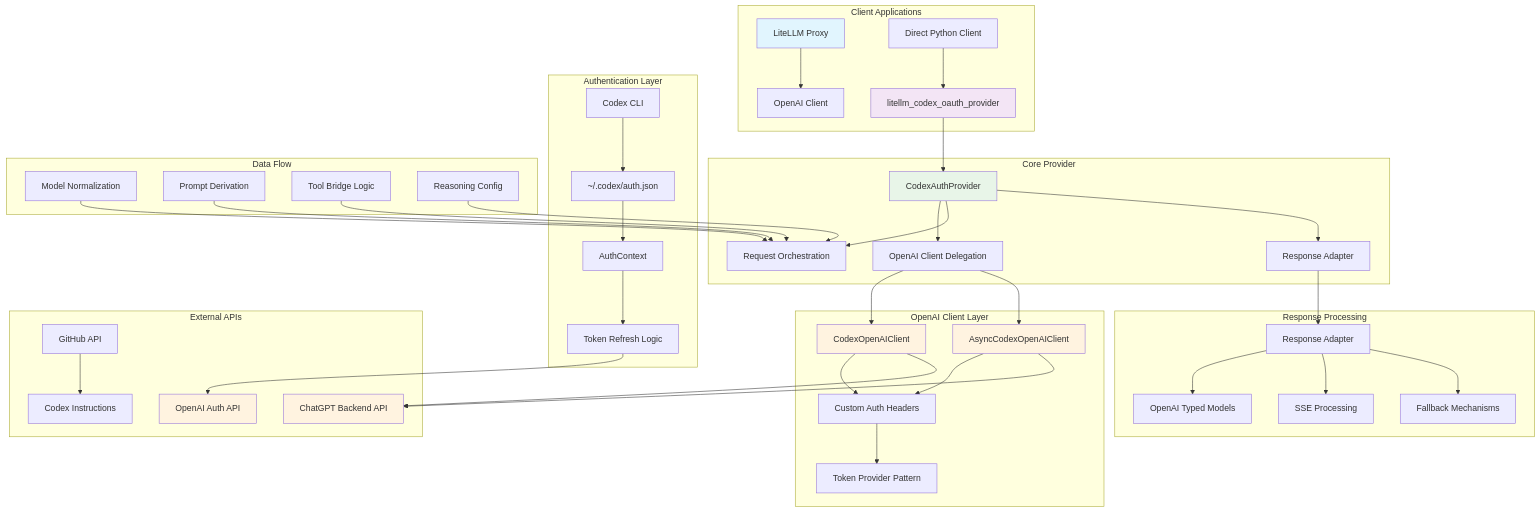
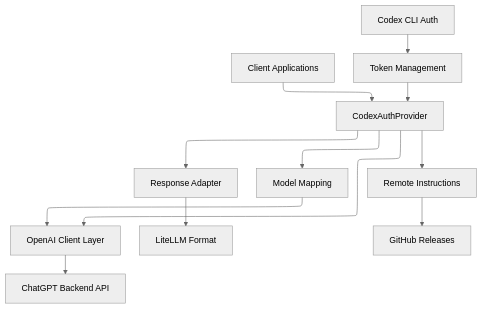
Before and after one commit to jslorrma/litellm-codex-oauth-provider: the first of 5 diagrams in docs/architecture.md, drawn with Mermaid. The commit also changed other lines of this file and 2 other files, not shown here.

First line of the commit message:
docs: simplify and streamline architecture documentation

````diff
--- a/docs/architecture.md
+++ b/docs/architecture.md
@@ -7,57 +7,28 @@
 ```mermaid
+---
+config:
+  theme: neutral
+  layout: elk
+  elk:
+    nodeSpacing: 60
+    edgeSpacing: 50
+    layoutDirection: TB
+---
+
 graph TB
-    subgraph "Client Applications"
-        A[LiteLLM Proxy] --> B[OpenAI Client]
-        C[Direct Python Client] --> D[litellm_codex_oauth_provider]
-    end
+    A[Client Applications] --> B[CodexAuthProvider]
+    B --> C[OpenAI Client Layer]
+    C --> D[ChatGPT Backend API]
 
-    subgraph "Authentication Layer"
-        E[Codex CLI] --> F[~/.codex/auth.json]
-        F --> G[AuthContext]
-        G --> H[Token Refresh Logic]
-    end
+    E[Codex CLI Auth] --> F[Token Management]
+    F --> B
 
-    subgraph "Core Provider"
-        D --> I[CodexAuthProvider]
-        I --> J[OpenAI Client Delegation]
-        I --> K[Request Orchestration]
-        I --> L[Response Adapter]
-    end
+    B --> G[Response Adapter]
+    G --> H[LiteLLM Format]
 
-    subgraph "OpenAI Client Layer"
-        J --> M[CodexOpenAIClient]
-        J --> N[AsyncCodexOpenAIClient]
-        M --> O[Custom Auth Headers]
-        N --> O
-        O --> P[Token Provider Pattern]
-    end
+    B --> I[Model Mapping]
+    I --> C
 
-    subgraph "Response Processing"
-        L --> Q[Response Adapter]
-        Q --> R[OpenAI Typed Models]
-        Q --> S[SSE Processing]
-        Q --> T[Fallback Mechanisms]
-    end
-
-    subgraph "External APIs"
-        M --> U[ChatGPT Backend API]
-        N --> U
-        H --> V[OpenAI Auth API]
-        W[GitHub API] --> X[Codex Instructions]
-    end
-
-    subgraph "Data Flow"
-        Y[Model Normalization] --> K
-        Z[Prompt Derivation] --> K
-        AA[Tool Bridge Logic] --> K
-        BB[Reasoning Config] --> K
-    end
-
-    style A fill:#e1f5fe
-    style D fill:#f3e5f5
-    style I fill:#e8f5e8
-    style M fill:#fff3e0
-    style N fill:#fff3e0
-    style U fill:#fff3e0
-    style V fill:#fff3e0
+    B --> J[Remote Instructions]
+    J --> K[GitHub Releases]
 ```
````
